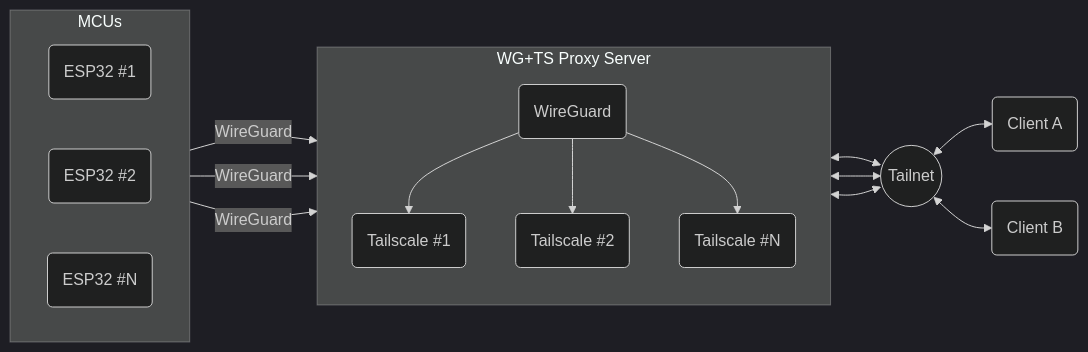
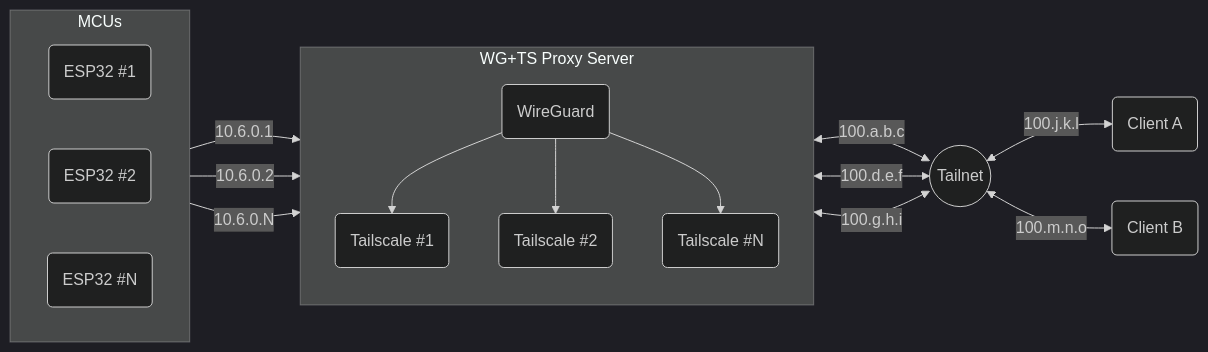
The diagram in README.md (pierrejay/esp32-tailbridge), drawn with Mermaid (dark theme) before and after one commit.

Commit message:
Continue

````diff
--- a/README.md
+++ b/README.md
@@ -22,45 +22,45 @@
 ```mermaid
 graph LR
     %% Regroupement des dispositifs ESP32
     subgraph ESP32 [MCUs]
       direction LR
       ESP1(ESP32 #1)
       ESP2(ESP32 #2)
       ESPX(ESP32 #N)
     end
 
     %% Serveur Proxy hébergeant les instances Tailscale
     subgraph PROXY [WG+TS Proxy Server]
       direction TB
       WG(WireGuard)
       TS1(Tailscale #1)
       TS2(Tailscale #2)
       TSX(Tailscale #N)
     end
 
     %% Noeud central Tailnet
     TAILNET((Tailnet))
 
     %% Regroupement des clients Tailscale
       CLIENTA(Client A)
       CLIENTB(Client B)
 
     %% Connexions ESP32 vers WireGuard
-    ESP1 -->|WireGuard| WG
-    ESP2 -->|WireGuard| WG
-    ESPX -->|WireGuard| WG
+    ESP1 -->|10.6.0.1| WG
+    ESP2 -->|10.6.0.2| WG
+    ESPX -->|10.6.0.N| WG
 
     %% Connexions du serveur WireGuard vers les instances Tailscale
     WG --> TS1
     WG --> TS2
     WG --> TSX
 
     %% Connexions des instances Tailscale vers Tailnet
-    TS1 <--> TAILNET
-    TS2 <--> TAILNET
-    TSX <--> TAILNET
+    TS1 <-->|100.a.b.c| TAILNET
+    TS2 <-->|100.d.e.f| TAILNET
+    TSX <-->|100.g.h.i| TAILNET
 
     %% Connexions des clients vers Tailnet
-    TAILNET <--> CLIENTA 
-    TAILNET <--> CLIENTB
+    TAILNET <-->|100.j.k.l| CLIENTA 
+    TAILNET <-->|100.m.n.o| CLIENTB
 ```
````
